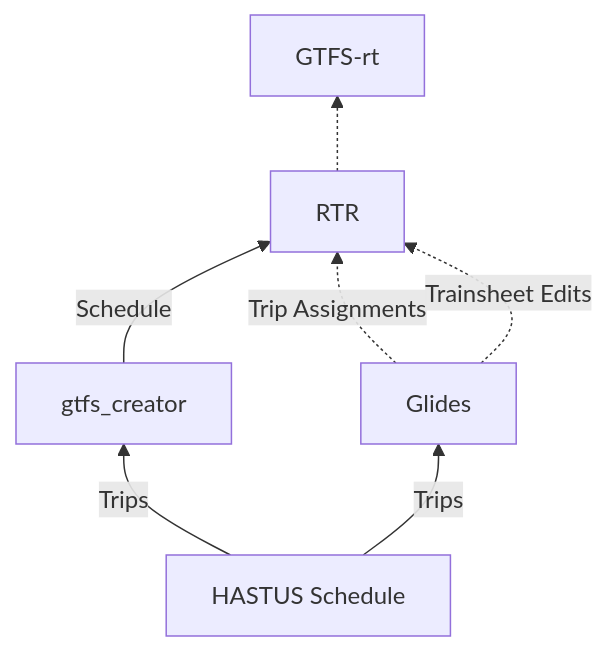
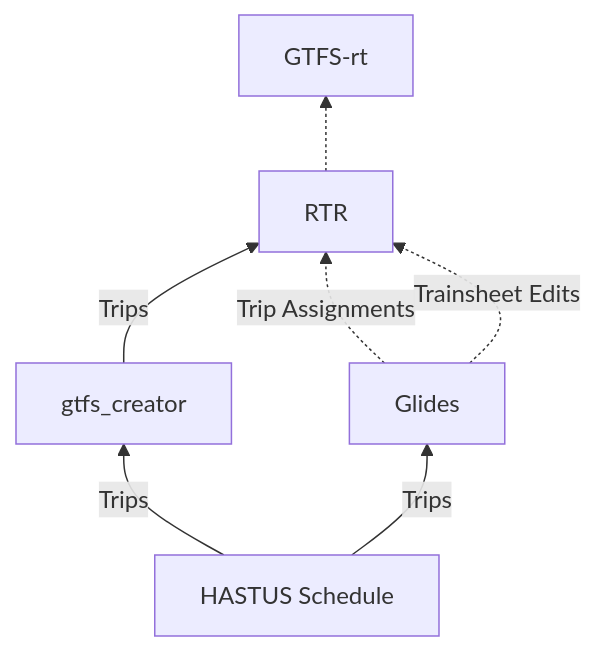
The first of 2 diagrams in rfcs/0000-light-rail-trip-model.md (mbta/technology-docs), drawn with Mermaid before and after one commit. The commit also changed other lines of this file, not shown here.

Commit message:
docs: just rename schedule to trips in diagrams

````diff
--- a/rfcs/0000-light-rail-trip-model.md
+++ b/rfcs/0000-light-rail-trip-model.md
@@ -58,14 +58,14 @@
 ```mermaid
   flowchart BT
     hastus["HASTUS Schedule"]
 	gtfs["`gtfs_creator`"]
 	glides["Glides"]
 	rtr["RTR"]
 	gtfsrt["GTFS-rt"]
 	hastus -- Trips --> gtfs
 	hastus -- Trips --> glides
-	gtfs -- Schedule --> rtr
+	gtfs -- Trips --> rtr
 	glides -. Trip Assignments .-> rtr
 	glides -. Trainsheet Edits .-> rtr
 	rtr -.-> gtfsrt
 ```
````
